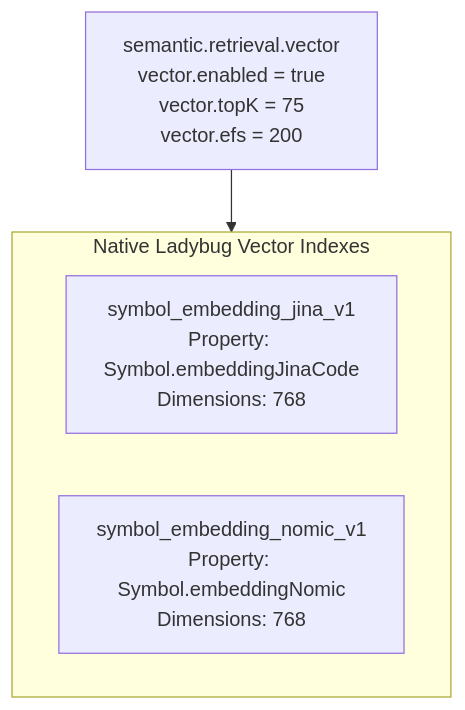
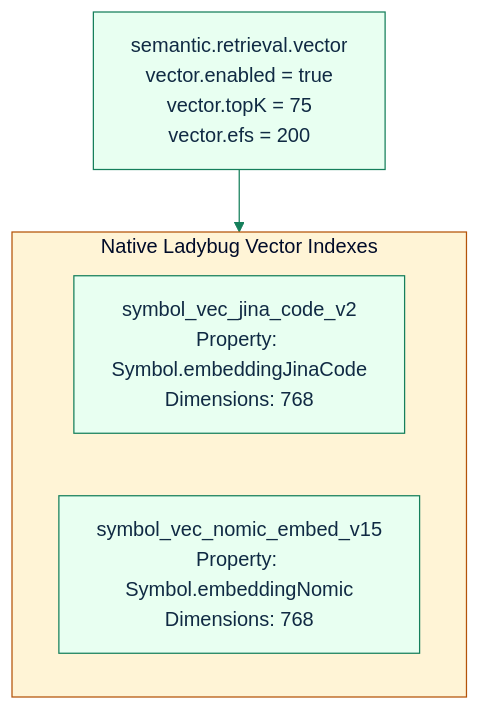
Before and after one commit to GlitterKill/sdl-mcp: the eighth of 13 diagrams in docs/feature-deep-dives/semantic-engine.md, drawn with Mermaid. The commit also changed other lines of this file and 36 other files, not shown here.

````diff
--- a/docs/feature-deep-dives/semantic-engine.md
+++ b/docs/feature-deep-dives/semantic-engine.md
@@ -467,9 +474,10 @@
 ```mermaid
+%%{init: {"theme":"base","themeVariables":{"primaryColor":"#e8fff1","primaryBorderColor":"#157f5b","primaryTextColor":"#102a43","secondaryColor":"#eef6ff","secondaryBorderColor":"#2563eb","tertiaryColor":"#fff4d6","tertiaryBorderColor":"#b45309","lineColor":"#157f5b","fontFamily":"Trebuchet MS, Arial"},"flowchart":{"curve":"basis"}}}%%
 flowchart TD
     subgraph Indexes["Native Ladybug Vector Indexes"]
-        JinaIndex["symbol_embedding_jina_v1<br/>Property: Symbol.embeddingJinaCode<br/>Dimensions: 768"]
-        NomicIndex["symbol_embedding_nomic_v1<br/>Property: Symbol.embeddingNomic<br/>Dimensions: 768"]
+        JinaIndex["symbol_vec_jina_code_v2<br/>Property: Symbol.embeddingJinaCode<br/>Dimensions: 768"]
+        NomicIndex["symbol_vec_nomic_embed_v15<br/>Property: Symbol.embeddingNomic<br/>Dimensions: 768"]
     end
 
     Config["semantic.retrieval.vector<br/>vector.enabled = true<br/>vector.topK = 75<br/>vector.efs = 200"] --> Indexes
 ```
````
